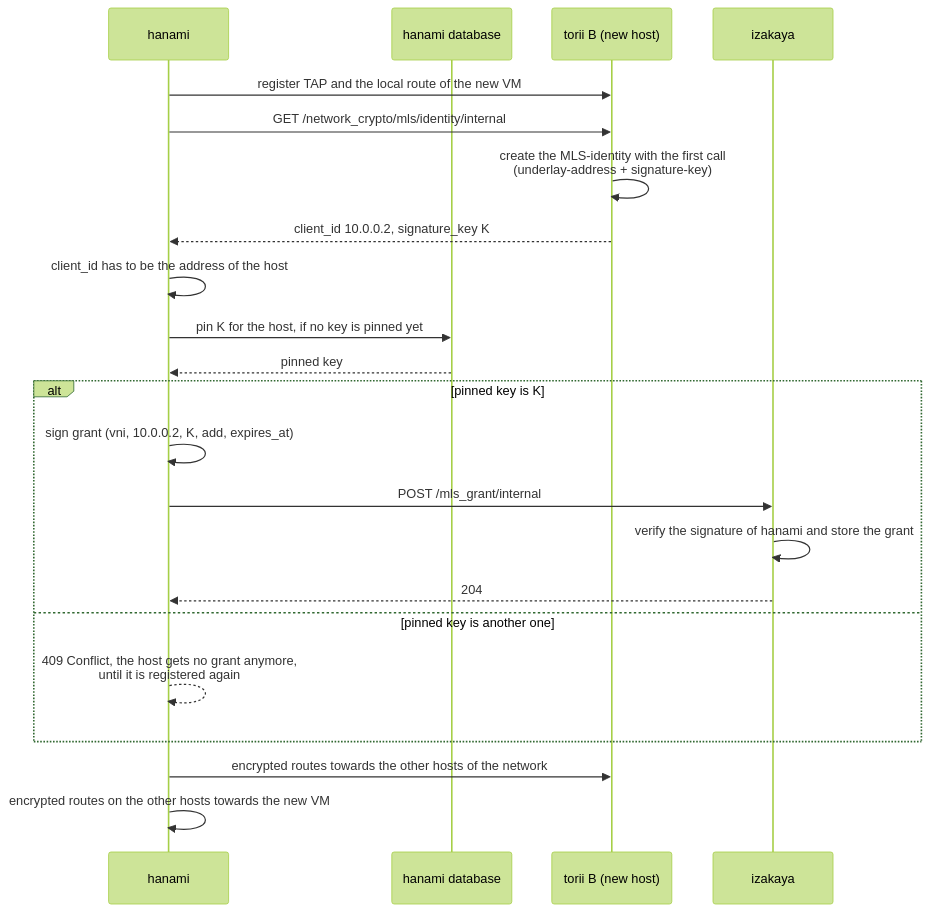
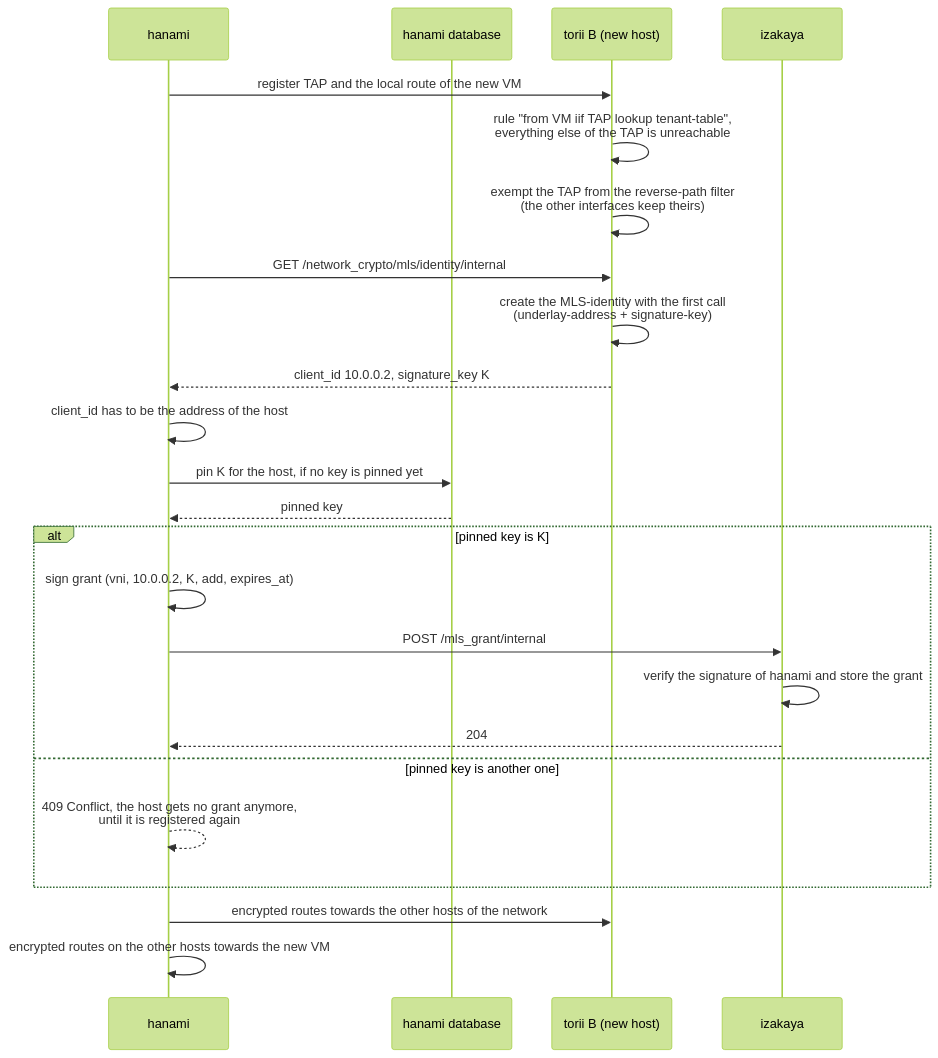
One commit to kitsudaiki/ainari changed the second of 18 diagrams in docs/developer/sequence_diagrams/network_crypto_key_exchange.md. Above: the diagram before and after it, drawn with Mermaid (forest theme). The commit also changed other lines of this file and 25 other files, not shown here.

````diff
--- a/docs/developer/sequence_diagrams/network_crypto_key_exchange.md
+++ b/docs/developer/sequence_diagrams/network_crypto_key_exchange.md
@@ -64,25 +64,27 @@
 ```mermaid
 sequenceDiagram
     participant H as hanami
     participant DB as hanami database
     participant TB as torii B (new host)
     participant I as izakaya
 
     H->>TB: register TAP and the local route of the new VM
+    TB->>TB: rule "from VM iif TAP lookup tenant-table",<br/>everything else of the TAP is unreachable
+    TB->>TB: exempt the TAP from the reverse-path filter<br/>(the other interfaces keep theirs)
     H->>TB: GET /network_crypto/mls/identity/internal
     TB->>TB: create the MLS-identity with the first call<br/>(underlay-address + signature-key)
     TB-->>H: client_id 10.0.0.2, signature_key K
     H->>H: client_id has to be the address of the host
     H->>DB: pin K for the host, if no key is pinned yet
     DB-->>H: pinned key
     alt pinned key is K
         H->>H: sign grant (vni, 10.0.0.2, K, add, expires_at)
         H->>I: POST /mls_grant/internal
         I->>I: verify the signature of hanami and store the grant
         I-->>H: 204
     else pinned key is another one
         H-->>H: 409 Conflict, the host gets no grant anymore,<br/>until it is registered again
     end
     H->>TB: encrypted routes towards the other hosts of the network
     H->>H: encrypted routes on the other hosts towards the new VM
 ```
````
